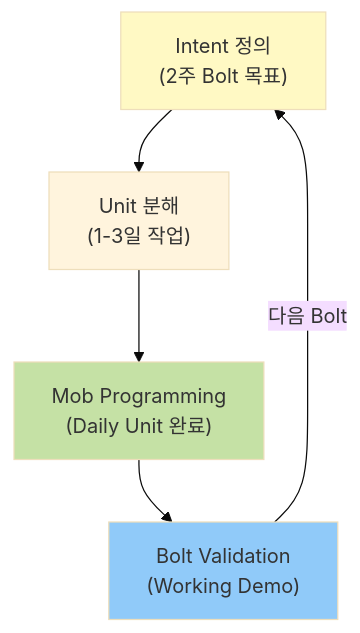
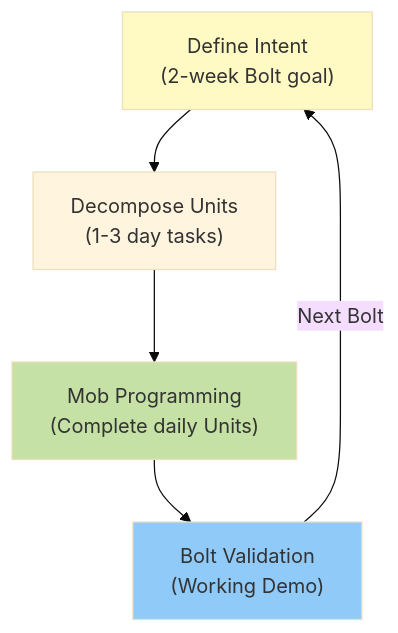
One commit to devfloor9/engineering-playbook changed the second of 4 diagrams in docs/aidlc/enterprise/adoption-strategy.md. Above: the diagram before and after it, drawn with Mermaid (base theme). The commit also changed other lines of this file and 954 other files, not shown here.

````diff
--- a/docs/aidlc/enterprise/adoption-strategy.md
+++ b/docs/aidlc/enterprise/adoption-strategy.md
@@ -100,16 +100,16 @@
 ```mermaid
 graph TD
-    Intent["Intent 정의<br/>(2주 Bolt 목표)"]
-    Unit["Unit 분해<br/>(1-3일 작업)"]
-    Dev["Mob Programming<br/>(Daily Unit 완료)"]
+    Intent["Define Intent<br/>(2-week Bolt goal)"]
+    Unit["Decompose Units<br/>(1-3 day tasks)"]
+    Dev["Mob Programming<br/>(Complete daily Units)"]
     Val["Bolt Validation<br/>(Working Demo)"]
 
     Intent --> Unit
     Unit --> Dev
     Dev --> Val
-    Val -->|다음 Bolt| Intent
+    Val -->|Next Bolt| Intent
 
     style Intent fill:#fff9c4
     style Dev fill:#c5e1a5
     style Val fill:#90caf9
 ```
````
